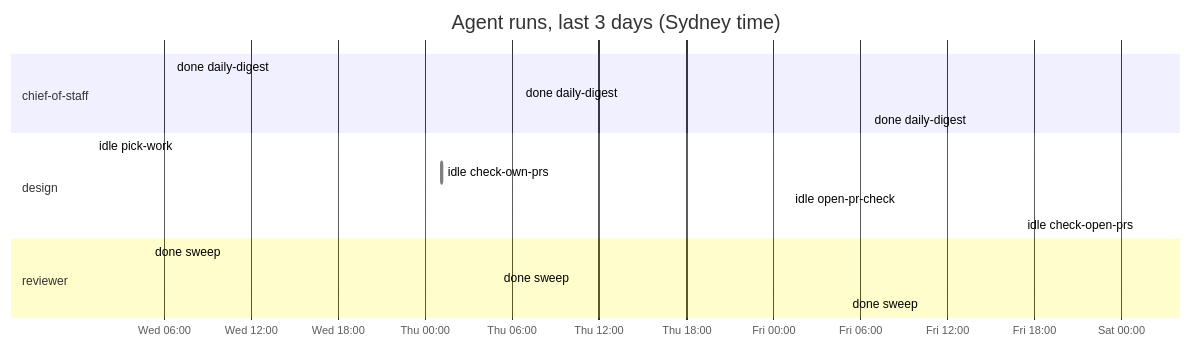
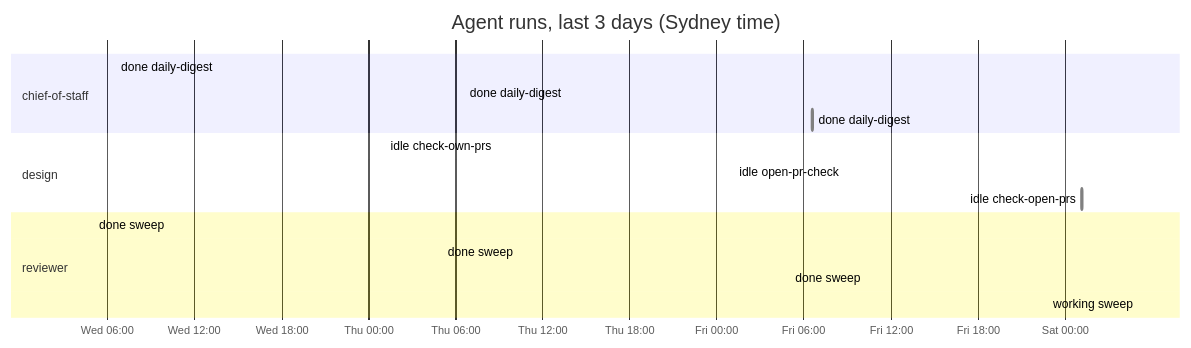
The diagram in dashboard.md (roulmediateam-byte/fifteen-expert-hq), drawn with Mermaid before and after one commit. The commit also changed other lines of this file and 1 other file, not shown here.

````diff
--- a/dashboard.md
+++ b/dashboard.md
@@ -47,19 +47,19 @@
 ```mermaid
 gantt
     title Agent runs, last 3 days (Sydney time)
     dateFormat YYYY-MM-DD HH:mm
     axisFormat %a %H:%M
     section chief-of-staff
     done daily-digest :done, 2026-11-18 06:35, 2026-11-18 06:36
     done daily-digest :done, 2026-11-19 06:35, 2026-11-19 06:36
     done daily-digest :done, 2026-11-20 06:35, 2026-11-20 06:37
     section design
-    idle pick-work :done, 2026-11-18 01:11, 2026-11-18 01:11
     idle check-own-prs :done, 2026-11-19 01:10, 2026-11-19 01:11
     idle open-pr-check :done, 2026-11-20 01:10, 2026-11-20 01:11
     idle check-open-prs :done, 2026-11-21 01:10, 2026-11-21 01:11
     section reviewer
     done sweep :done, 2026-11-18 05:04, 2026-11-18 05:05
     done sweep :done, 2026-11-19 05:04, 2026-11-19 05:05
     done sweep :done, 2026-11-20 05:05, 2026-11-20 05:05
+    working sweep :active, 2026-11-21 05:05, 2026-11-21 05:05
 ```
````
